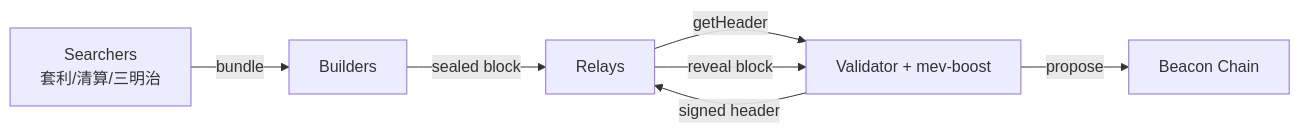
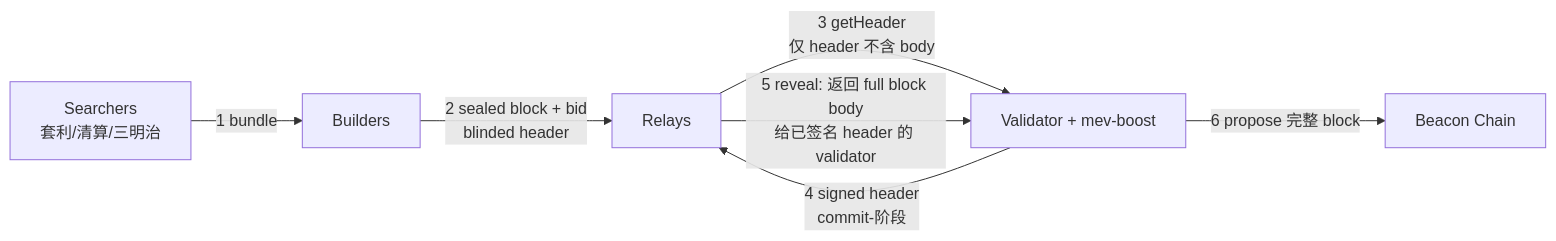
One commit to ChuwuYo/misc-files changed diagram 19 of 27 in web3-engineer-guide/11-基础设施与工具/README.md. Above: the diagram before and after it, drawn with Mermaid. The commit also changed other lines of this file and 15 other files, not shown here.

````diff
--- a/web3-engineer-guide/11-基础设施与工具/README.md
+++ b/web3-engineer-guide/11-基础设施与工具/README.md
@@ -1497,9 +1497,9 @@
 ```mermaid
 flowchart LR
-    Searchers[Searchers<br/>套利/清算/三明治] -->|bundle| Builders[Builders]
-    Builders -->|sealed block| Relays[Relays]
-    Relays -->|getHeader| Validator[Validator + mev-boost]
-    Validator -->|signed header| Relays
-    Relays -->|reveal block| Validator
-    Validator -->|propose| Beacon[Beacon Chain]
+    Searchers[Searchers<br/>套利/清算/三明治] -->|1 bundle| Builders[Builders]
+    Builders -->|2 sealed block + bid<br/>blinded header| Relays[Relays]
+    Relays -->|3 getHeader<br/>仅 header 不含 body| Validator[Validator + mev-boost]
+    Validator -->|4 signed header<br/>commit-阶段| Relays
+    Relays -->|5 reveal: 返回 full block body<br/>给已签名 header 的 validator| Validator
+    Validator -->|6 propose 完整 block| Beacon[Beacon Chain]
 ```
````
